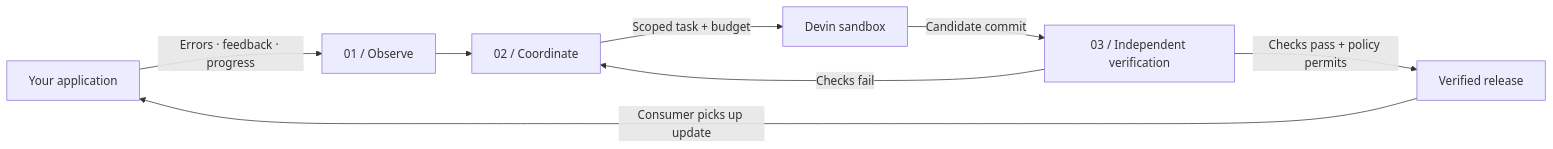
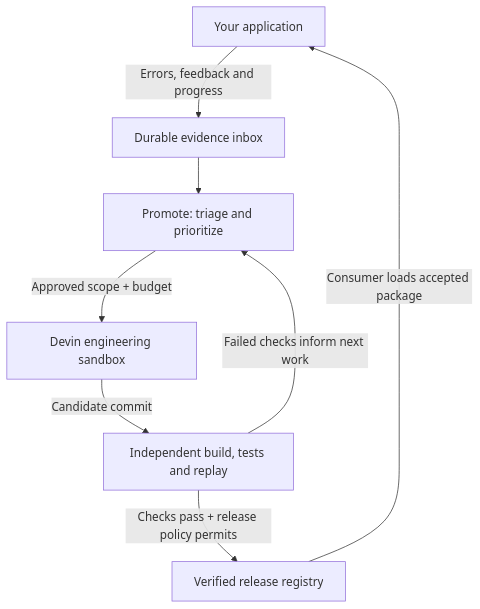
The diagram in README.md (miguelsuredasuau/promote), drawn with Mermaid before and after one commit. The commit also changed other lines of this file and 3 other files, not shown here.

````diff
--- a/README.md
+++ b/README.md
@@ -54,10 +40,10 @@
 ```mermaid
-flowchart LR
-    App["Your application"] -->|"Errors · feedback · progress"| Observe["01 / Observe"]
-    Observe --> Team["02 / Coordinate"]
-    Team -->|"Scoped task + budget"| Devin["Devin sandbox"]
-    Devin -->|"Candidate commit"| Verify["03 / Independent verification"]
-    Verify -->|"Checks fail"| Team
-    Verify -->|"Checks pass + policy permits"| Release["Verified release"]
-    Release -->|"Consumer picks up update"| App
+flowchart TD
+    App["Your application"] -->|"Errors, feedback and progress"| Inbox["Durable evidence inbox"]
+    Inbox --> Team["Promote: triage and prioritize"]
+    Team -->|"Approved scope + budget"| Devin["Devin engineering sandbox"]
+    Devin -->|"Candidate commit"| QA["Independent build, tests and replay"]
+    QA -->|"Failed checks inform next work"| Team
+    QA -->|"Checks pass + release policy permits"| Registry["Verified release registry"]
+    Registry -->|"Consumer loads accepted package"| App
 ```
````
